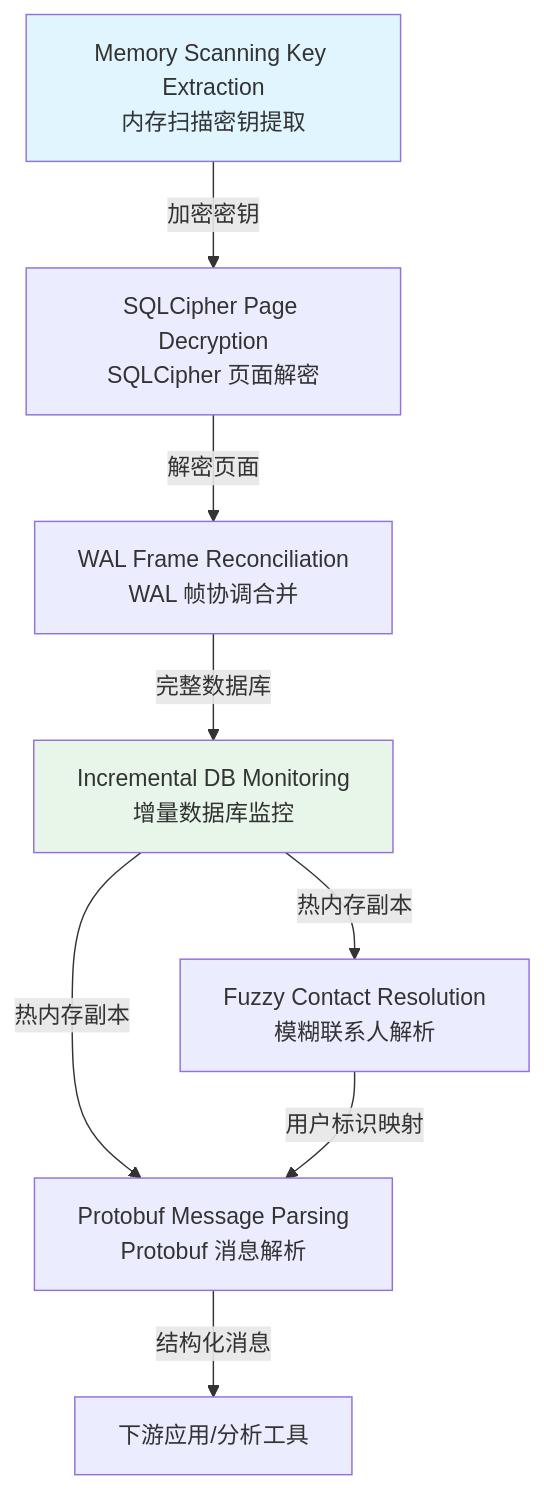
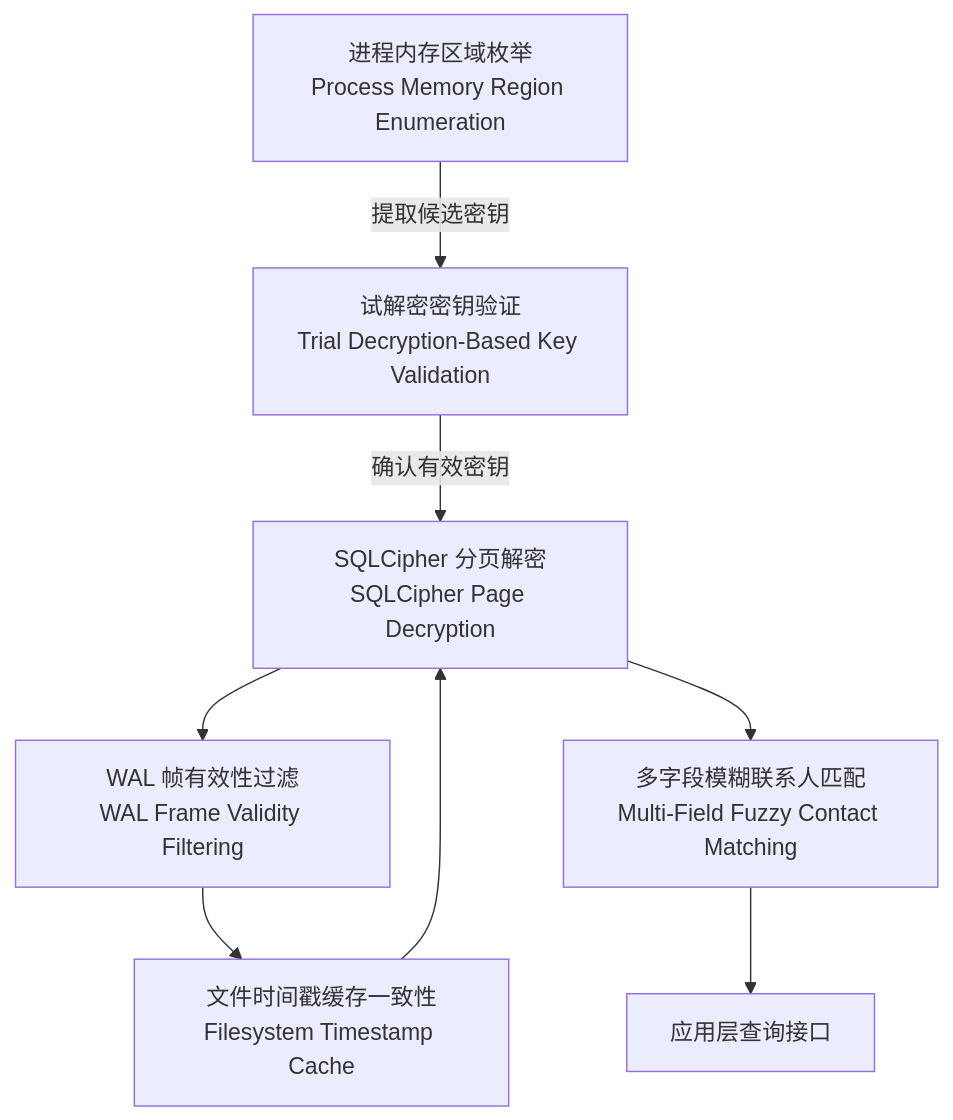
One commit to nerdneilsfield/code-wiki-pages changed the diagram in public/wechat-decrypt/guide-core-algorithms.md. Above: the diagram before and after it, drawn with Mermaid. The commit also changed other lines of this file and 35 other files, not shown here.

````diff
--- a/public/wechat-decrypt/guide-core-algorithms.md
+++ b/public/wechat-decrypt/guide-core-algorithms.md
@@ -13,13 +11,10 @@
 ```mermaid
 graph TD
-    A[Memory Scanning Key Extraction<br/>内存扫描密钥提取] -->|加密密钥| B[SQLCipher Page Decryption<br/>SQLCipher 页面解密]
-    B -->|解密页面| C[WAL Frame Reconciliation<br/>WAL 帧协调合并]
-    C -->|完整数据库| D[Incremental DB Monitoring<br/>增量数据库监控]
-    D -->|热内存副本| E[Fuzzy Contact Resolution<br/>模糊联系人解析]
-    D -->|热内存副本| F[Protobuf Message Parsing<br/>Protobuf 消息解析]
-    E -->|用户标识映射| F
-    F -->|结构化消息| G[下游应用/分析工具]
-    
-    style A fill:#e1f5fe
-    style D fill:#e8f5e9
+    A[进程内存区域枚举<br/>Process Memory Region Enumeration] -->|提取候选密钥| B[试解密密钥验证<br/>Trial Decryption-Based Key Validation]
+    B -->|确认有效密钥| C[SQLCipher 分页解密<br/>SQLCipher Page Decryption]
+    C --> D[WAL 帧有效性过滤<br/>WAL Frame Validity Filtering]
+    D --> E[文件时间戳缓存一致性<br/>Filesystem Timestamp Cache]
+    C --> F[多字段模糊联系人匹配<br/>Multi-Field Fuzzy Contact Matching]
+    E --> C
+    F --> G[应用层查询接口]
 ```
````
